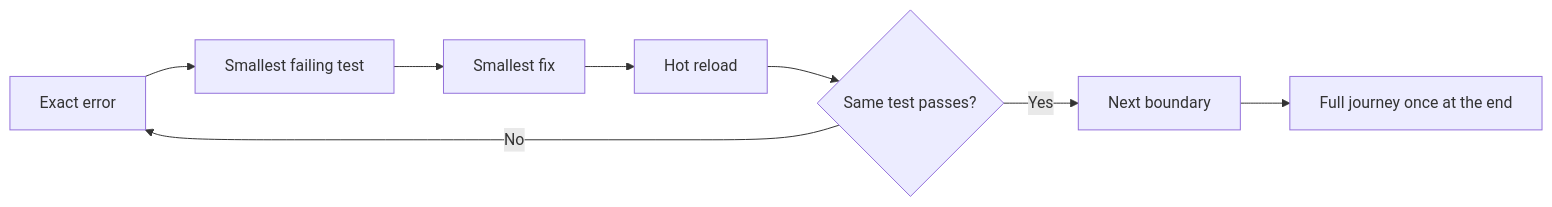
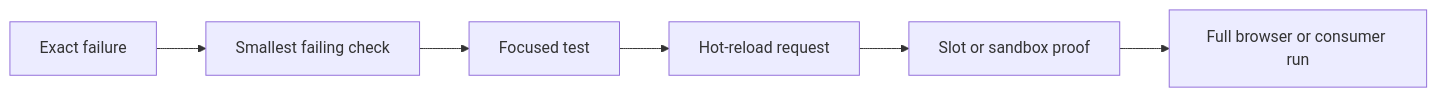
One commit to sabirmgd/terminal-first-goal-loop changed the fifth of 7 diagrams in README.md. Above: the diagram before and after it, drawn with Mermaid. The commit also changed other lines of this file and 33 other files, not shown here.

````diff
--- a/README.md
+++ b/README.md
@@ -145,10 +186,8 @@
 ```mermaid
 flowchart LR
-    E["Exact error"] --> T["Smallest failing test"]
-    T --> X["Smallest fix"]
-    X --> H["Hot reload"]
-    H --> P{"Same test passes?"}
-    P -- No --> E
-    P -- Yes --> N["Next boundary"]
-    N --> J["Full journey once at the end"]
+    E["Exact failure"] --> T0["Smallest failing check"]
+    T0 --> T1["Focused test"]
+    T1 --> T2["Hot-reload request"]
+    T2 --> T3["Slot or sandbox proof"]
+    T3 --> T4["Full browser or consumer run"]
 ```
````
